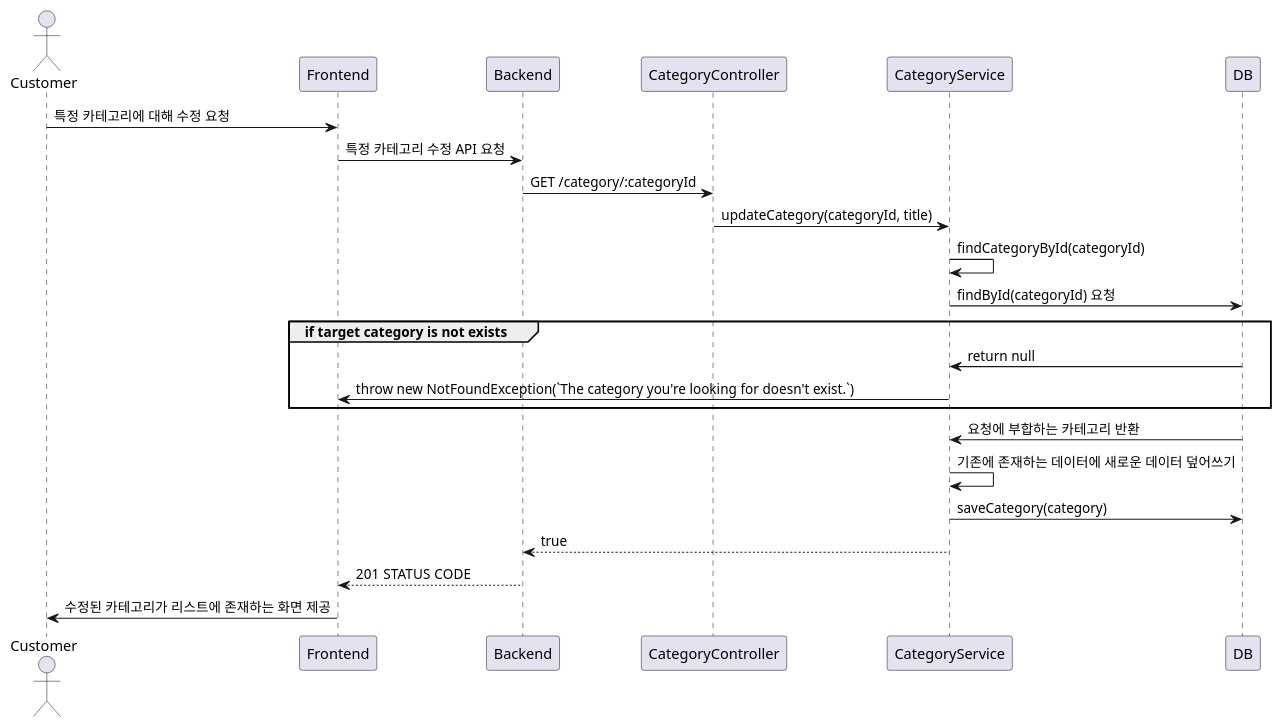
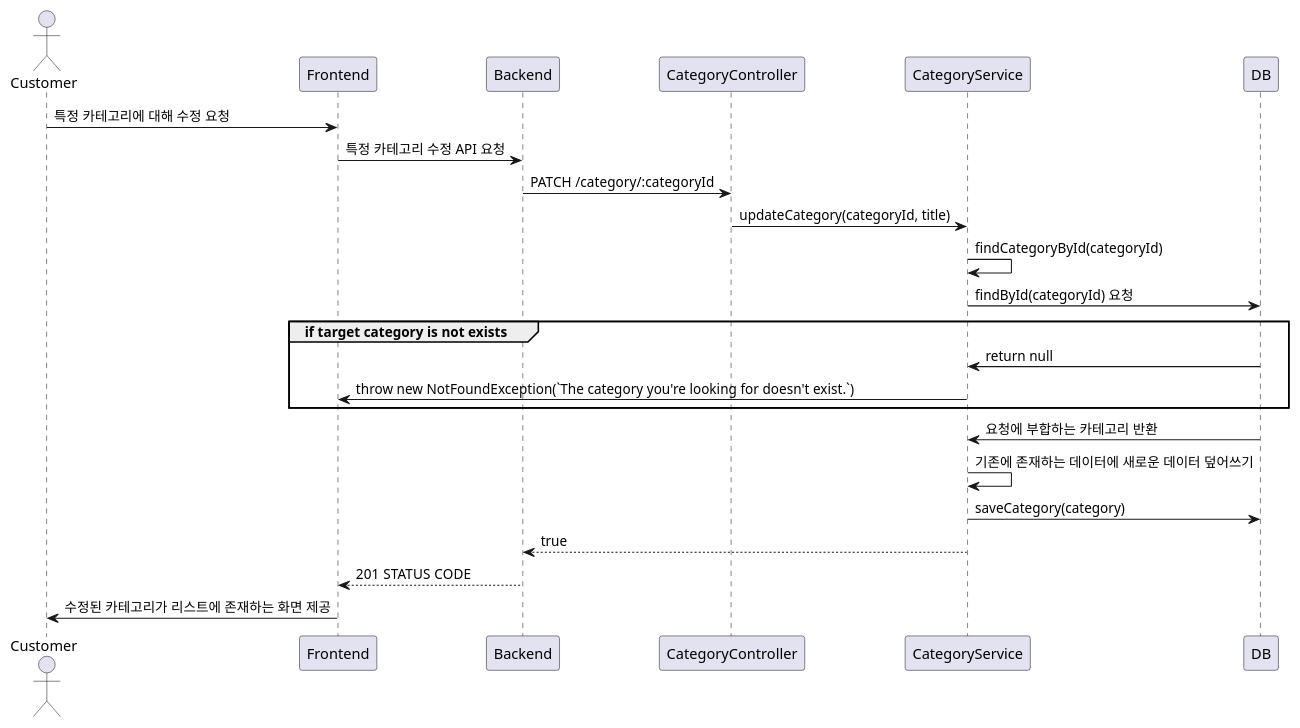
One commit to VVSOGI/todolist-remake changed the diagram in server/docs/category/category.patch.md. Above: the diagram before and after it, drawn with PlantUML.

Commit message:
Update category API to use PATCH method

````diff
--- a/server/docs/category/category.patch.md
+++ b/server/docs/category/category.patch.md
@@ -24,21 +24,21 @@
 ```plantuml
 @startuml
 actor Customer
 Customer -> Frontend: 특정 카테고리에 대해 수정 요청
     Frontend -> Backend: 특정 카테고리 수정 API 요청
-        Backend -> CategoryController: GET /category/:categoryId
+        Backend -> CategoryController: PATCH /category/:categoryId
             CategoryController -> CategoryService: updateCategory(categoryId, title)
                 CategoryService -> CategoryService: findCategoryById(categoryId)
                 CategoryService -> DB: findById(categoryId) 요청
                 group if target category is not exists
                     DB -> CategoryService: return null
                     CategoryService -> Frontend: throw new NotFoundException(`The category you're looking for doesn't exist.`)
                 end
                 DB -> CategoryService: 요청에 부합하는 카테고리 반환
                 CategoryService -> CategoryService: 기존에 존재하는 데이터에 새로운 데이터 덮어쓰기
                 CategoryService -> DB: saveCategory(category)
             Backend <-- CategoryService: true
     Frontend <-- Backend: 201 STATUS CODE
 Customer <- Frontend: 수정된 카테고리가 리스트에 존재하는 화면 제공
 @enduml
 ```
````
